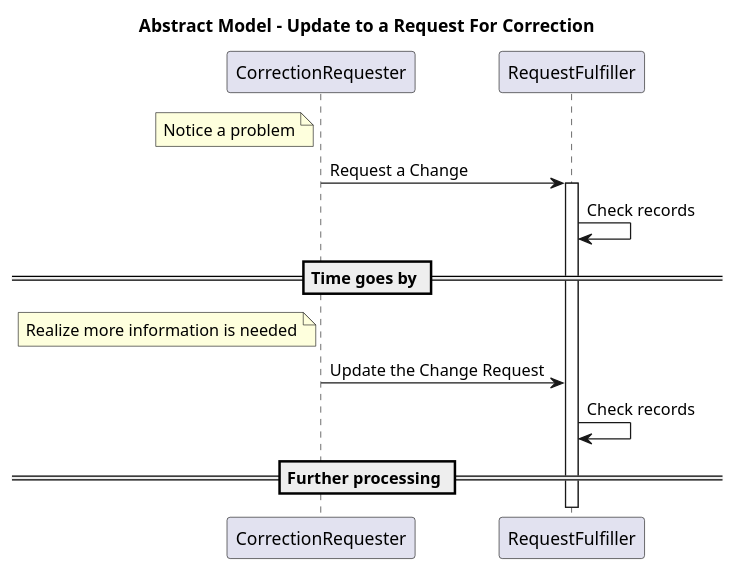
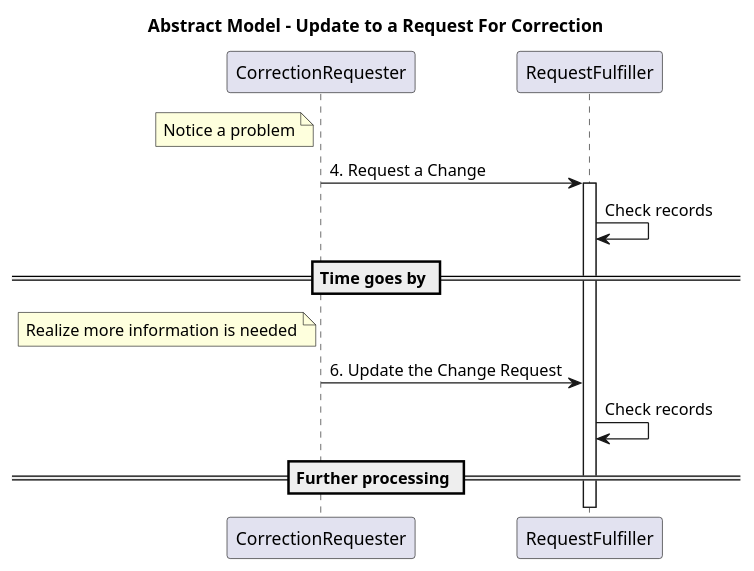
One commit to HL7/fhir-patient-correction changed the diagram in input/images-source/use-case-4.plantuml. Above: the diagram before and after it, drawn with PlantUML. The commit also changed 7 other files, not shown here.

```diff
--- a/input/images-source/use-case-4.plantuml
+++ b/input/images-source/use-case-4.plantuml
@@ -1,20 +1,20 @@
 @startuml
 title Abstract Model - Update to a Request For Correction
 
 note left of CorrectionRequester
 Notice a problem
 end note
 
-CorrectionRequester->RequestFulfiller : Request a Change
+CorrectionRequester->RequestFulfiller : 4. Request a Change
 Activate RequestFulfiller
 RequestFulfiller->RequestFulfiller : Check records
 
 == Time goes by ==
 note left of CorrectionRequester
 Realize more information is needed
 end note
-CorrectionRequester->RequestFulfiller : Update the Change Request
+CorrectionRequester->RequestFulfiller : 6. Update the Change Request
 RequestFulfiller->RequestFulfiller : Check records
 
 == Further processing ==
 @enduml
```
